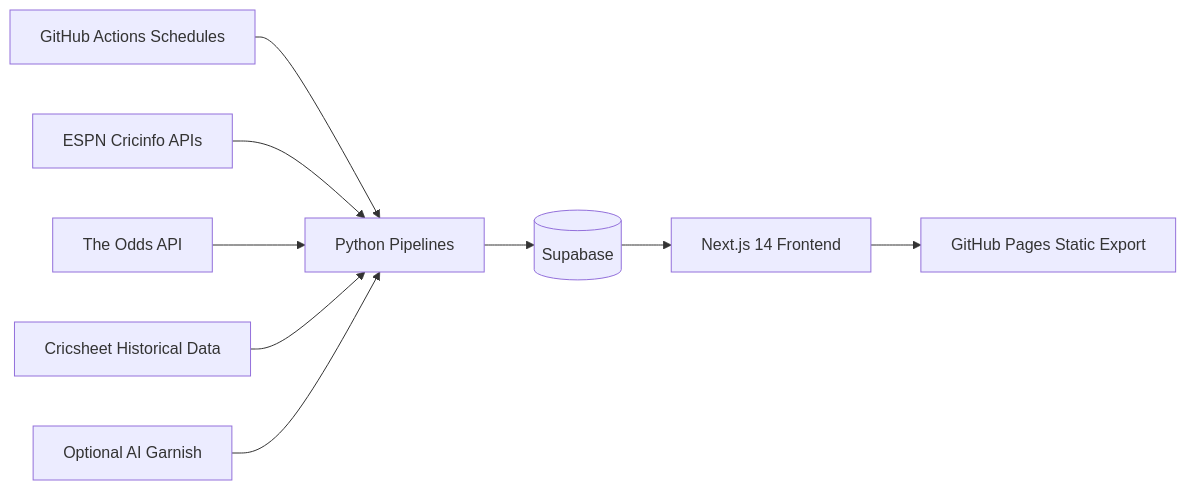
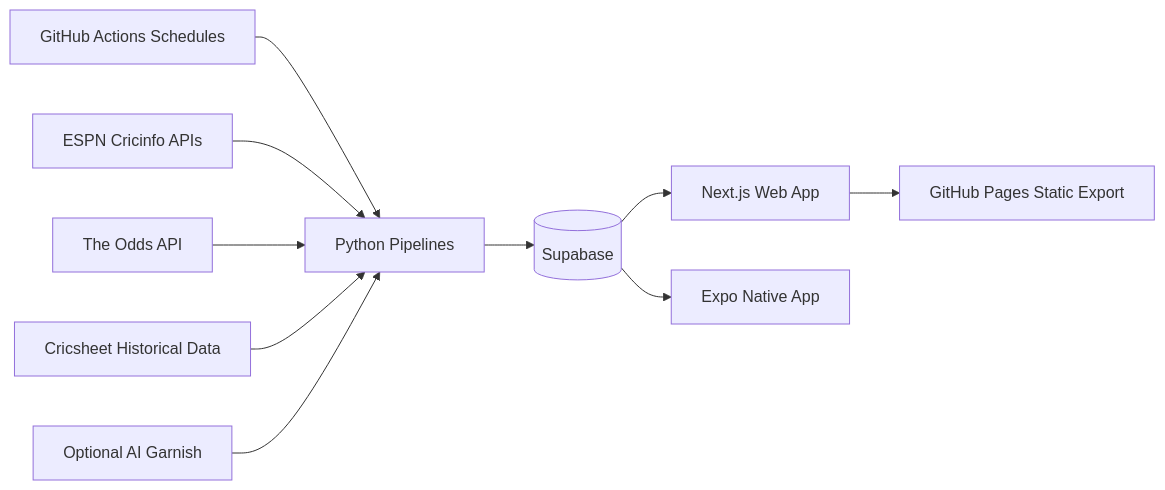
One commit to aman-deswal/cricket-predictor changed the diagram in README.md. Above: the diagram before and after it, drawn with Mermaid. The commit also changed other lines of this file and 48 other files, not shown here.

First line of the commit message:
feat: scaffold native app foundation

````diff
--- a/README.md
+++ b/README.md
@@ -27,12 +27,13 @@
 ```mermaid
 flowchart LR
     A[GitHub Actions Schedules] --> B[Python Pipelines]
     B --> C[(Supabase)]
-    C --> D[Next.js 14 Frontend]
+    C --> D[Next.js Web App]
+    C --> K[Expo Native App]
     D --> E[GitHub Pages Static Export]
 
     G[ESPN Cricinfo APIs] --> B
     H[The Odds API] --> B
     I[Cricsheet Historical Data] --> B
     J[Optional AI Garnish] --> B
 ```
````
